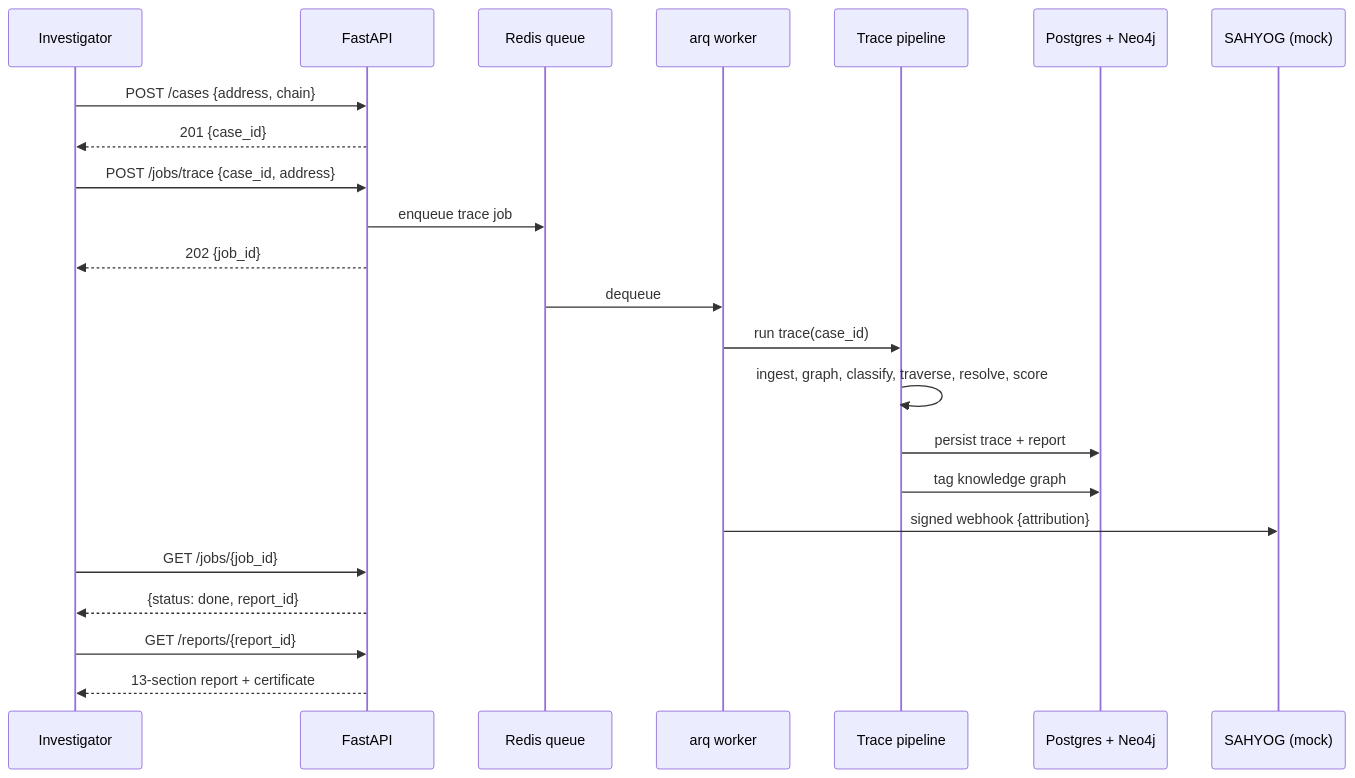
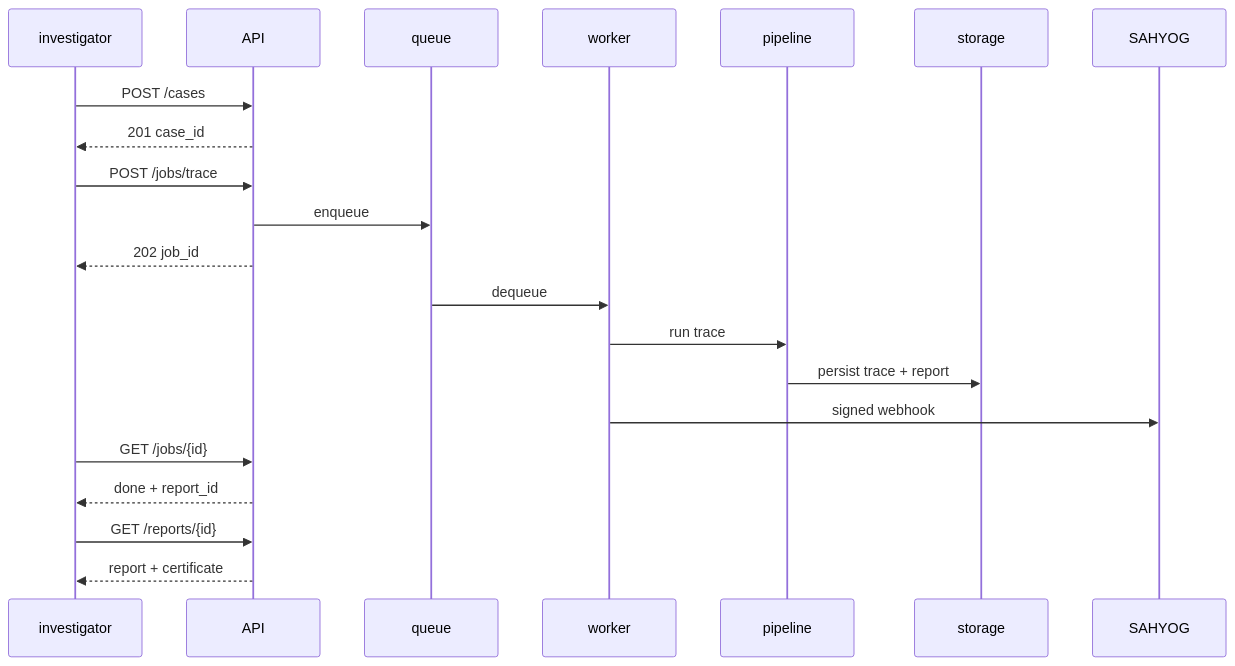
The fourth of 4 diagrams in README.md (QuantumDev-CERN/Automated-Vasp-Atrribution-Engine), drawn with Mermaid before and after one commit. The commit also changed other lines of this file, not shown here.

Commit message:
docs: compact README diagrams — no-scroll pipeline, terminals, architecture, lifecycle

````diff
--- a/README.md
+++ b/README.md
@@ -179,26 +151,24 @@
 ```mermaid
 sequenceDiagram
-    participant I as Investigator
-    participant A as FastAPI
-    participant Q as Redis queue
-    participant W as arq worker
-    participant P as Trace pipeline
-    participant D as Postgres + Neo4j
-    participant S as SAHYOG (mock)
+    participant I as investigator
+    participant A as API
+    participant Q as queue
+    participant W as worker
+    participant P as pipeline
+    participant D as storage
+    participant S as SAHYOG
 
-    I->>A: POST /cases {address, chain}
-    A-->>I: 201 {case_id}
-    I->>A: POST /jobs/trace {case_id, address}
-    A->>Q: enqueue trace job
-    A-->>I: 202 {job_id}
+    I->>A: POST /cases
+    A-->>I: 201 case_id
+    I->>A: POST /jobs/trace
+    A->>Q: enqueue
+    A-->>I: 202 job_id
     Q->>W: dequeue
-    W->>P: run trace(case_id)
-    P->>P: ingest, graph, classify, traverse, resolve, score
+    W->>P: run trace
     P->>D: persist trace + report
-    P->>D: tag knowledge graph
-    W->>S: signed webhook {attribution}
-    I->>A: GET /jobs/{job_id}
-    A-->>I: {status: done, report_id}
-    I->>A: GET /reports/{report_id}
-    A-->>I: 13-section report + certificate
+    W->>S: signed webhook
+    I->>A: GET /jobs/{id}
+    A-->>I: done + report_id
+    I->>A: GET /reports/{id}
+    A-->>I: report + certificate
 ```
````
